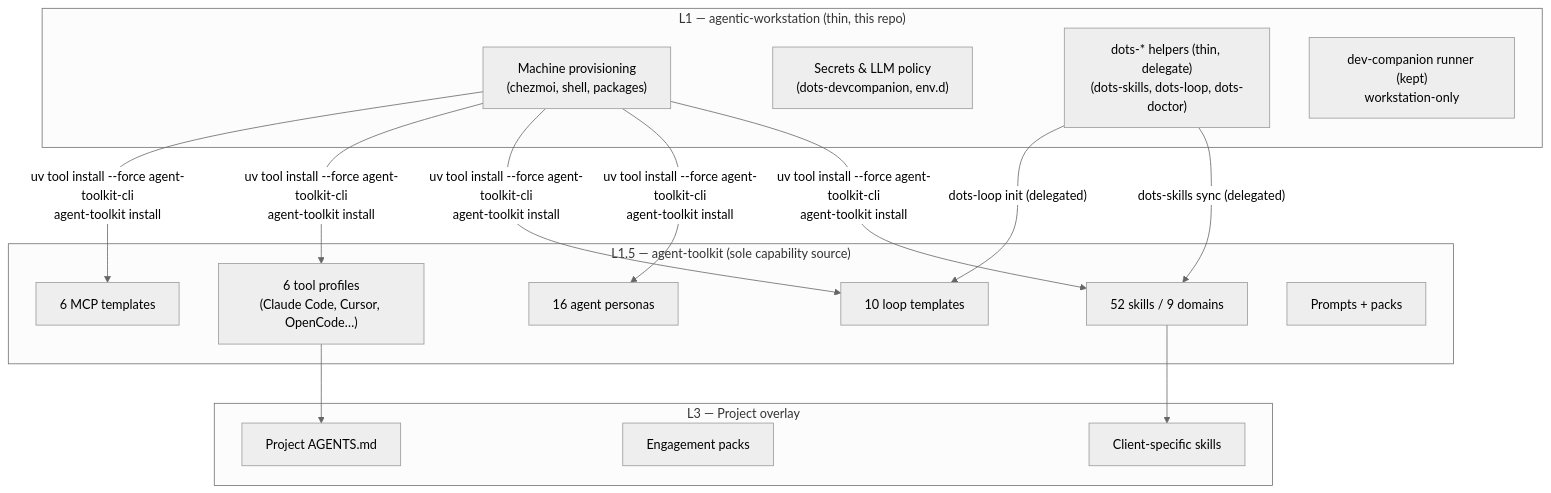
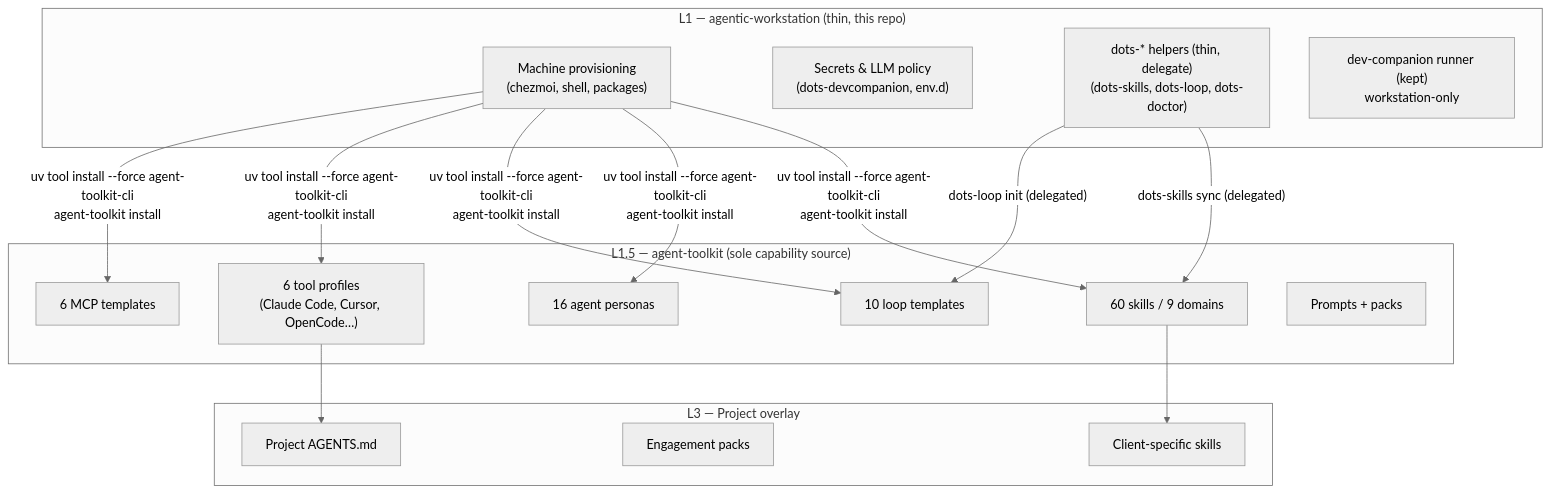
The second of 2 diagrams in docs/ARCHITECTURE.md (ulises-jeremias/agentic-workstation), drawn with Mermaid (neutral theme) before and after one commit. The commit also changed other lines of this file and 21 other files, not shown here.

````diff
--- a/docs/ARCHITECTURE.md
+++ b/docs/ARCHITECTURE.md
@@ -66,34 +66,34 @@
 ```mermaid
 graph TD
     subgraph "L1 — agentic-workstation (thin, this repo)"
         AW1["Machine provisioning<br/>(chezmoi, shell, packages)"]
         AW2["Secrets & LLM policy<br/>(dots-devcompanion, env.d)"]
         AW3["dots-* helpers (thin, delegate)<br/>(dots-skills, dots-loop, dots-doctor)"]
         AW4["dev-companion runner (kept)<br/>workstation-only"]
     end
 
     subgraph "L1.5 — agent-toolkit (sole capability source)"
-        AT1["52 skills / 9 domains"]
+        AT1["60 skills / 9 domains"]
         AT2["16 agent personas"]
         AT3["10 loop templates"]
         AT4["6 tool profiles<br/>(Claude Code, Cursor, OpenCode…)"]
         AT5["6 MCP templates"]
         AT6["Prompts + packs"]
     end
 
     subgraph "L3 — Project overlay"
         PO1["Project AGENTS.md"]
         PO2["Engagement packs"]
         PO3["Client-specific skills"]
     end
 
     AW1 -->|"uv tool install --force agent-toolkit-cli<br/>agent-toolkit install"| AT1
     AW1 -->|"uv tool install --force agent-toolkit-cli<br/>agent-toolkit install"| AT2
     AW1 -->|"uv tool install --force agent-toolkit-cli<br/>agent-toolkit install"| AT3
     AW1 -->|"uv tool install --force agent-toolkit-cli<br/>agent-toolkit install"| AT4
     AW1 -->|"uv tool install --force agent-toolkit-cli<br/>agent-toolkit install"| AT5
     AW3 -->|"dots-skills sync (delegated)"| AT1
     AW3 -->|"dots-loop init (delegated)"| AT3
     AT1 --> PO3
     AT4 --> PO1
 ```
````
